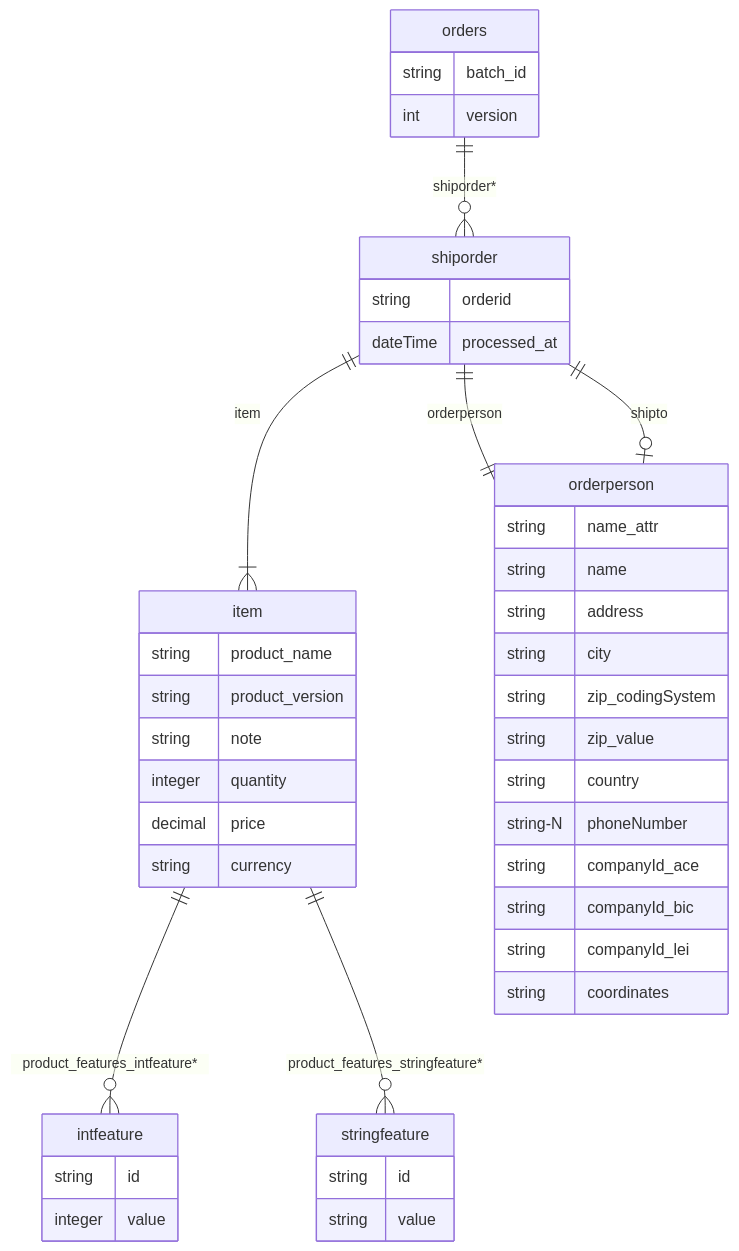
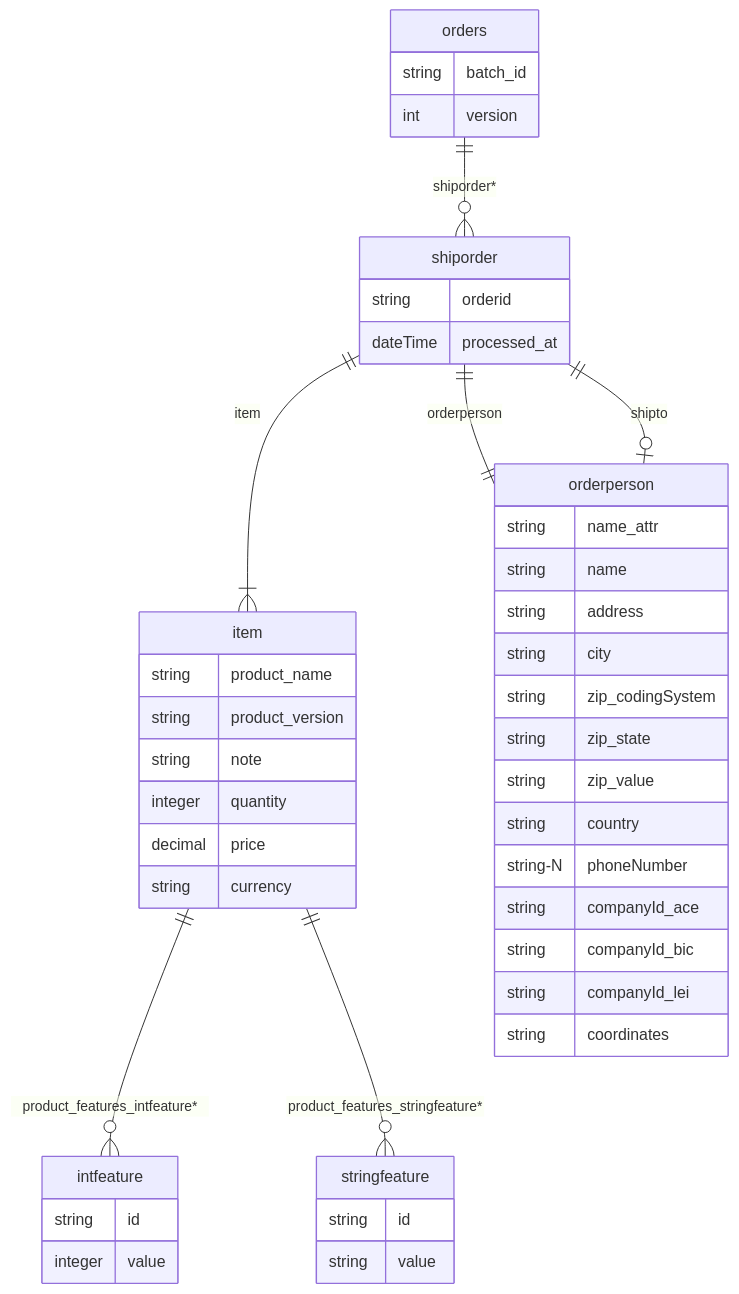
The diagram in tests/sample_models/orders/orders_erd_version1.md (cre-dev/xml2db), drawn with Mermaid before and after one commit. The commit also changed 16 other files, not shown here.

````diff
--- a/tests/sample_models/orders/orders_erd_version1.md
+++ b/tests/sample_models/orders/orders_erd_version1.md
@@ -1,47 +1,48 @@
 ```mermaid
 erDiagram
     item ||--o{ intfeature : "product_features_intfeature*"
     item ||--o{ stringfeature : "product_features_stringfeature*"
     item {
         string product_name
         string product_version
         string note
         integer quantity
         decimal price
         string currency
     }
     orders ||--o{ shiporder : "shiporder*"
     orders {
         string batch_id
         int version
     }
     shiporder ||--|| orderperson : "orderperson"
     shiporder ||--o| orderperson : "shipto"
     shiporder ||--|{ item : "item"
     shiporder {
         string orderid
         dateTime processed_at
     }
     stringfeature {
         string id
         string value
     }
     intfeature {
         string id
         integer value
     }
     orderperson {
         string name_attr
         string name
         string address
         string city
         string zip_codingSystem
+        string zip_state
         string zip_value
         string country
         string-N phoneNumber
         string companyId_ace
         string companyId_bic
         string companyId_lei
         string coordinates
     }
 ```
````
